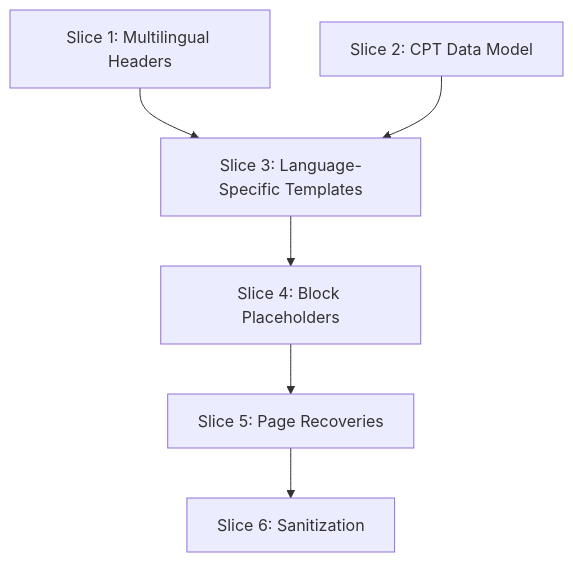
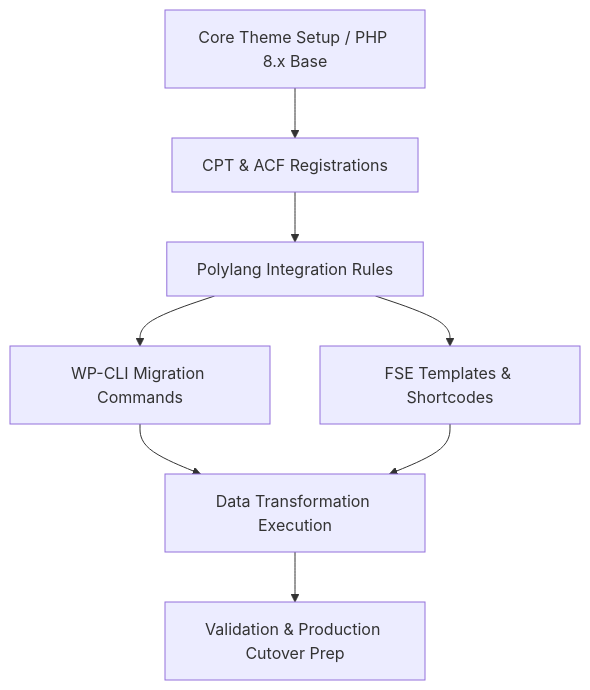
Before and after one commit to alexseif/flagship: the diagram in tasks/plan.md, drawn with Mermaid. The commit also changed other lines of this file and 2 other files, not shown here.

Commit message:
docs: formalize CPT migration spec and create implementation plan

````diff
--- a/tasks/plan.md
+++ b/tasks/plan.md
@@ -33,8 +10,10 @@
 ```mermaid
 graph TD
-    A[Slice 1: Multilingual Headers] --> C[Slice 3: Language-Specific Templates]
-    B[Slice 2: CPT Data Model] --> C
-    C --> D[Slice 4: Block Placeholders]
-    D --> E[Slice 5: Page Recoveries]
-    E --> F[Slice 6: Sanitization]
+    A[Core Theme Setup / PHP 8.x Base] --> B[CPT & ACF Registrations]
+    B --> C[Polylang Integration Rules]
+    C --> D[WP-CLI Migration Commands]
+    C --> E[FSE Templates & Shortcodes]
+    D --> F[Data Transformation Execution]
+    E --> F
+    F --> G[Validation & Production Cutover Prep]
 ```
````
